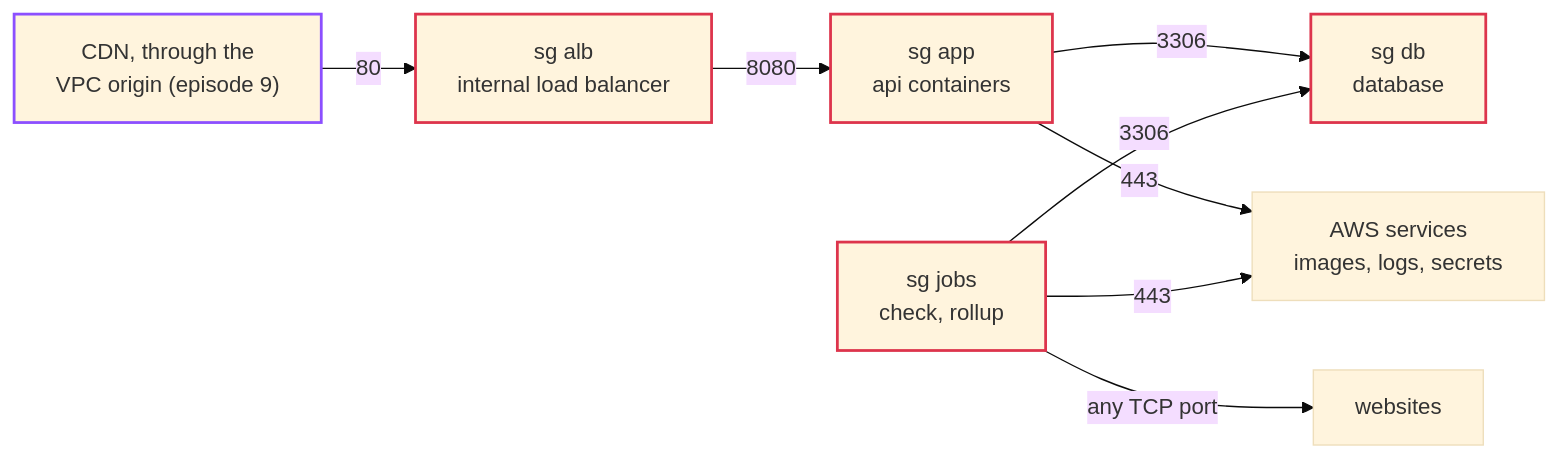
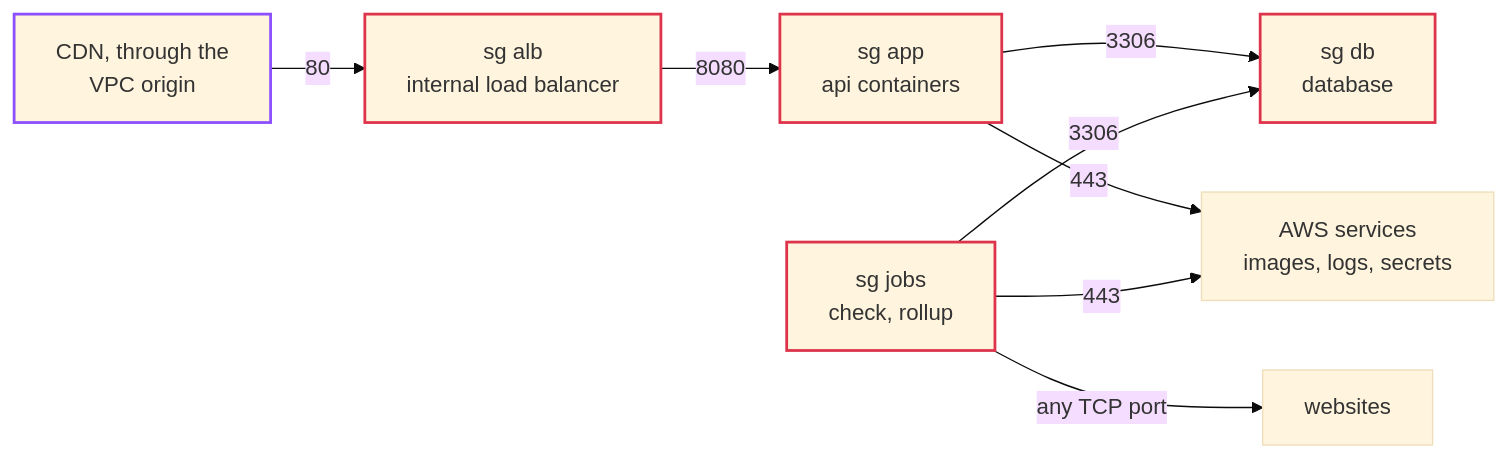
One commit to shadreza/aws-three-tier-cloud-ref-architecture changed the second of 2 diagrams in docs/storybook/05-network.md. Above: the diagram before and after it, drawn with Mermaid (base theme). The commit also changed other lines of this file and 23 other files, not shown here.

````diff
--- a/docs/storybook/05-network.md
+++ b/docs/storybook/05-network.md
@@ -209,14 +109,14 @@
 ```mermaid
 flowchart LR
-    cf["CDN, through the<br/>VPC origin (episode 9)"] -- "80" --> alb["sg alb<br/>internal load balancer"]
+    cf["CDN, through the<br/>VPC origin"] -- "80" --> alb["sg alb<br/>internal load balancer"]
     alb -- "8080" --> app["sg app<br/>api containers"]
     app -- "3306" --> db["sg db<br/>database"]
     jobs["sg jobs<br/>check, rollup"] -- "3306" --> db
     jobs -- "any TCP port" --> web["websites"]
     app -- "443" --> aws["AWS services<br/>images, logs, secrets"]
     jobs -- "443" --> aws
     classDef network stroke:#8C4FFF,stroke-width:2px
     classDef security stroke:#DD344C,stroke-width:2px
     class cf network
     class alb,app,jobs,db security
 ```
````
